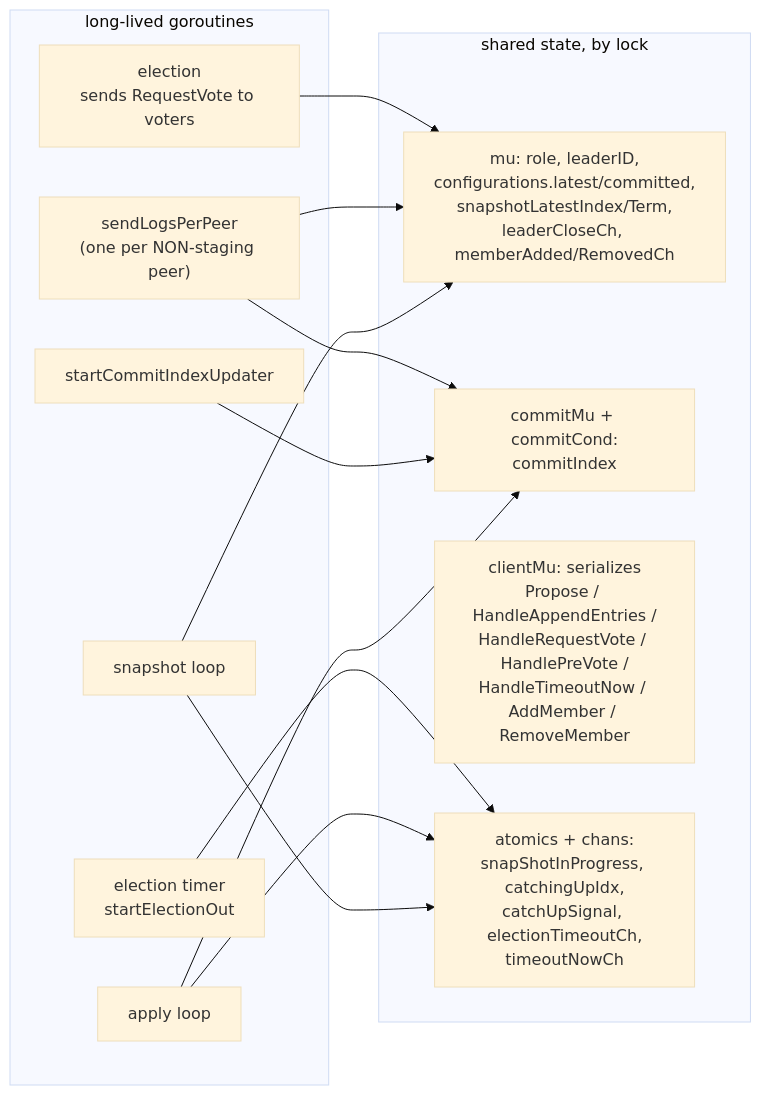
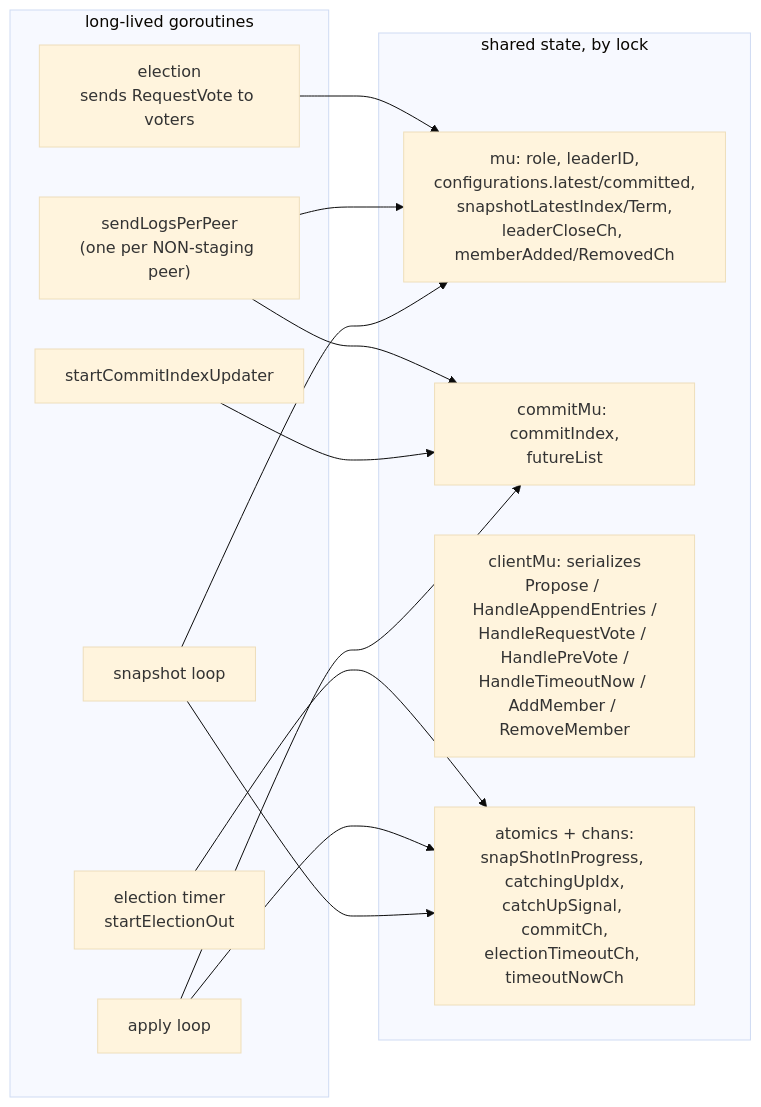
One commit to SHREYANSHSINGH14/raft changed the third of 8 diagrams in docs/architecture.md. Above: the diagram before and after it, drawn with Mermaid (base theme). The commit also changed other lines of this file and 4 other files, not shown here.

````diff
--- a/docs/architecture.md
+++ b/docs/architecture.md
@@ -98,28 +99,28 @@
 ```mermaid
 flowchart LR
     subgraph goroutines["long-lived goroutines"]
         et["election timer<br/>startElectionOut"]
         el["election<br/>sends RequestVote to voters"]
         slp["sendLogsPerPeer<br/>(one per NON-staging peer)"]
         ciu["startCommitIndexUpdater"]
         al["apply loop"]
         sl["snapshot loop"]
     end
 
     subgraph locks["shared state, by lock"]
         mu["mu: role, leaderID,<br/>configurations.latest/committed,<br/>snapshotLatestIndex/Term,<br/>leaderCloseCh, memberAdded/RemovedCh"]
-        cm["commitMu + commitCond:<br/>commitIndex"]
+        cm["commitMu: commitIndex,<br/>futureList"]
         clm["clientMu: serializes<br/>Propose / HandleAppendEntries /<br/>HandleRequestVote / HandlePreVote /<br/>HandleTimeoutNow / AddMember / RemoveMember"]
-        at["atomics + chans:<br/>snapShotInProgress, catchingUpIdx,<br/>catchUpSignal, electionTimeoutCh,<br/>timeoutNowCh"]
+        at["atomics + chans:<br/>snapShotInProgress, catchingUpIdx,<br/>catchUpSignal, commitCh,<br/>electionTimeoutCh, timeoutNowCh"]
     end
 
     et --> at
     el --> mu
     slp --> mu
     slp --> cm
     ciu --> cm
     al --> cm
     al --> at
     sl --> at
     sl --> mu
 ```
````
